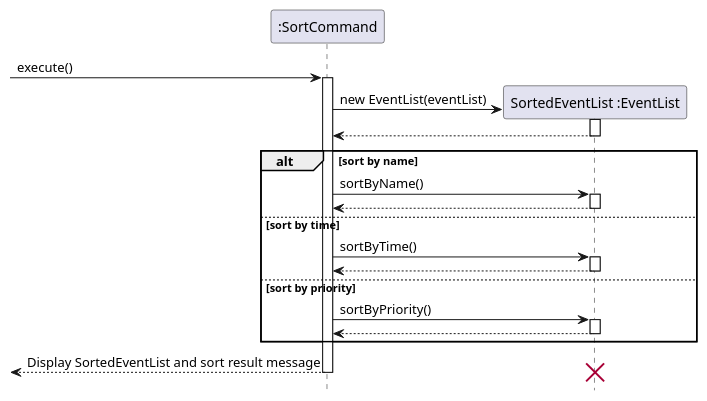
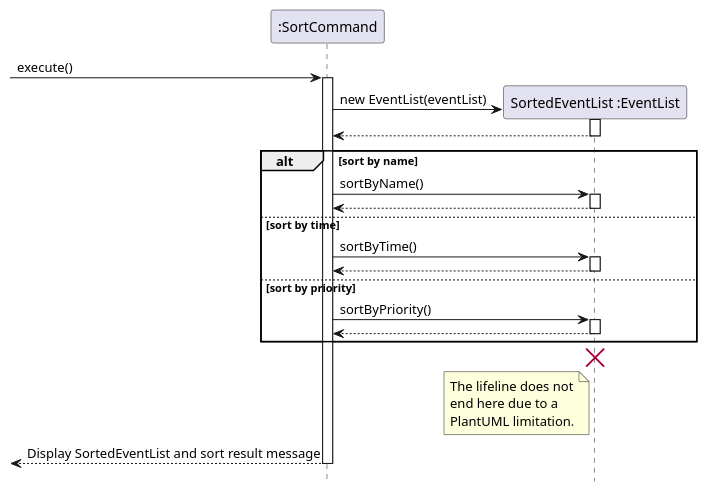
Before and after one commit to nus-cs2113-AY2425S1/tp: the diagram in docs/diagrams/SortCommandSequenceDiagram.puml, drawn with PlantUML. The commit also changed 8 other files, not shown here.

Commit message:
Update instance destruction in sequence diagrams as per review

```diff
--- a/docs/diagrams/SortCommandSequenceDiagram.puml
+++ b/docs/diagrams/SortCommandSequenceDiagram.puml
@@ -1,37 +1,43 @@
 @startuml
 hide footbox
 
 participant ":SortCommand" as SC
 
 [-> SC: execute()
 activate SC
 
 create participant "SortedEventList :EventList" as SEL
 SC -> SEL : new EventList(eventList)
 activate SEL
 SEL --> SC:
 deactivate SEL
 
 alt sort by name
     SC -> SEL: sortByName()
     activate SEL
     SEL --> SC:
     deactivate SEL
 else sort by time
     SC -> SEL: sortByTime()
     activate SEL
     SEL --> SC:
     deactivate SEL
 else sort by priority
     SC -> SEL: sortByPriority()
     activate SEL
     SEL --> SC:
     deactivate SEL
 
 end alt
 
+destroy SEL
+
+note left of SEL
+    The lifeline does not
+    end here due to a
+    PlantUML limitation.
+end note
+
 return Display SortedEventList and sort result message
 
-destroy SEL
-
 @enduml
```
